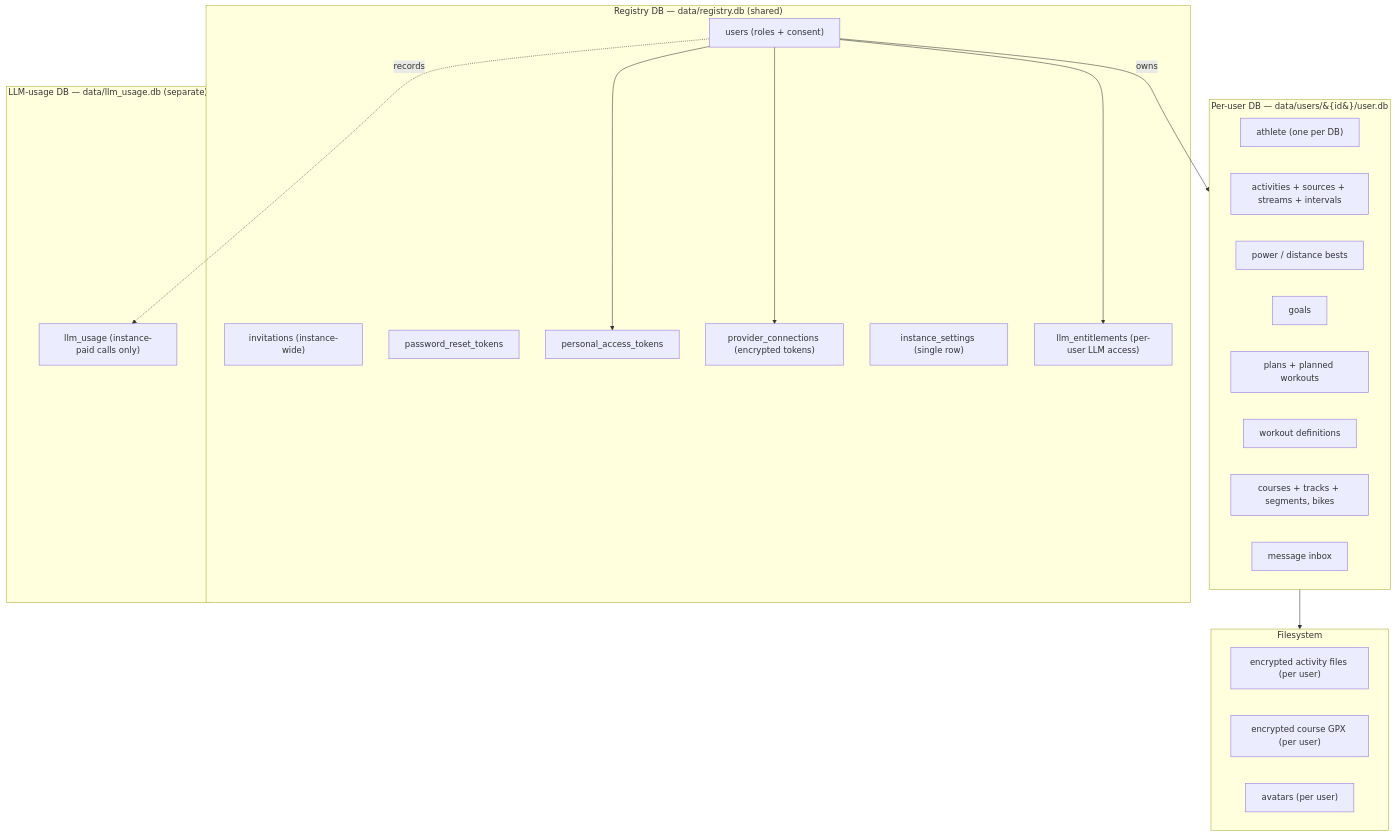
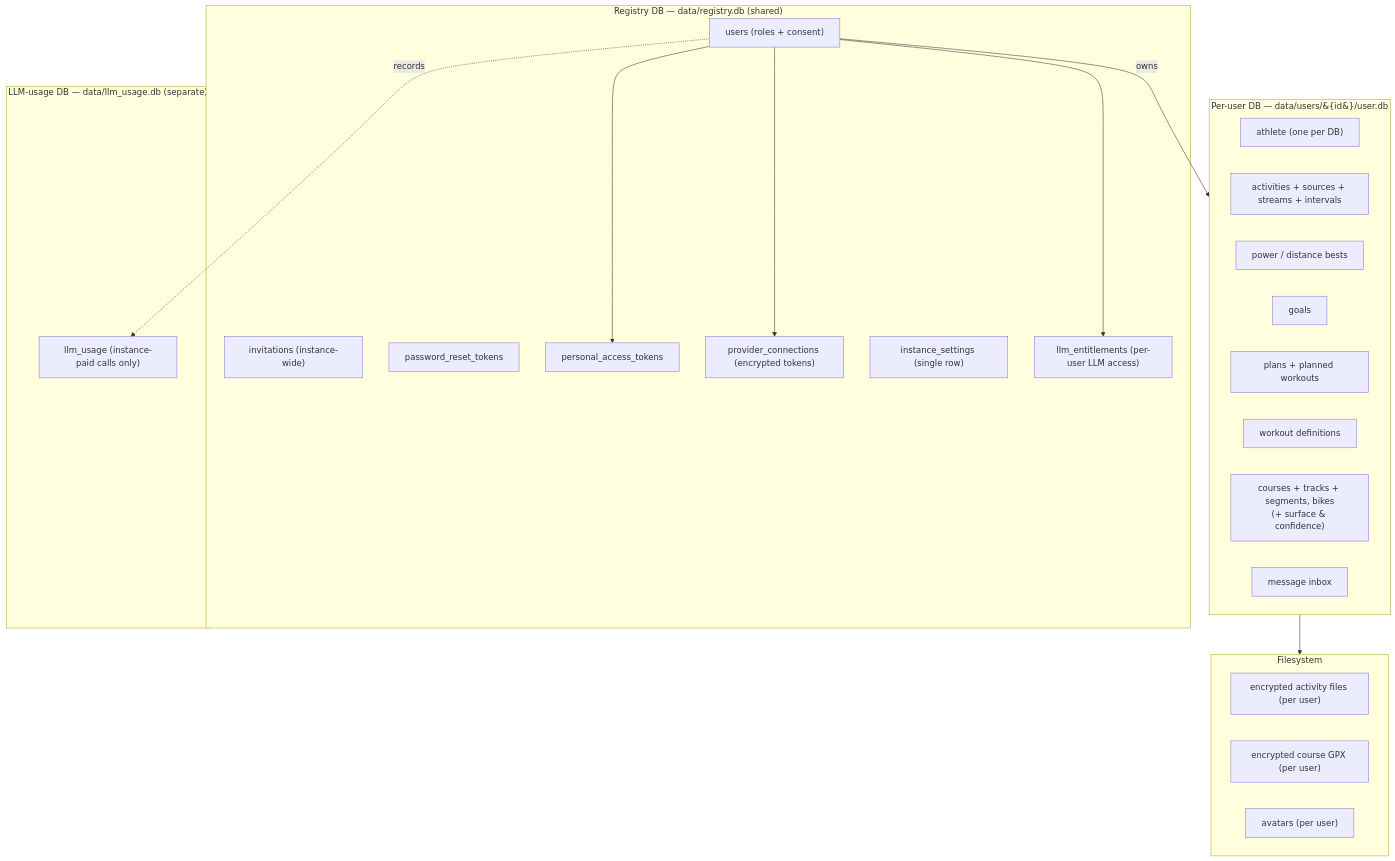
Before and after one commit to openkoutsi/openkoutsi-arch: the diagram in docs/architecture/data-model.md, drawn with Mermaid. The commit also changed other lines of this file and 2 other files, not shown here.

````diff
--- a/docs/architecture/data-model.md
+++ b/docs/architecture/data-model.md
@@ -9,36 +9,36 @@
 ```mermaid
 flowchart TD
     subgraph Registry["Registry DB — data/registry.db (shared)"]
         U["users (roles + consent)"]
         I["invitations (instance-wide)"]
         PR["password_reset_tokens"]
         PAT["personal_access_tokens"]
         PC["provider_connections (encrypted tokens)"]
         IS["instance_settings (single row)"]
         EN["llm_entitlements (per-user LLM access)"]
     end
     subgraph Usage["LLM-usage DB — data/llm_usage.db (separate)"]
         LU["llm_usage (instance-paid calls only)"]
     end
     subgraph PerUser["Per-user DB — data/users/&#123;id&#125;/user.db"]
         Ath["athlete (one per DB)"]
         Act["activities + sources + streams + intervals"]
         Best["power / distance bests"]
         Goals["goals"]
         Plans["plans + planned workouts"]
         Work["workout definitions"]
-        Crs["courses + tracks + segments, bikes"]
+        Crs["courses + tracks + segments, bikes<br/>(+ surface & confidence)"]
         Msg["message inbox"]
     end
     subgraph Files["Filesystem"]
         Fit["encrypted activity files (per user)"]
         Crsf["encrypted course GPX (per user)"]
         Av["avatars (per user)"]
     end
     U -->|owns| PerUser
     U --> PC
     U --> EN
     U --> PAT
     U -.records.-> LU
     PerUser --> Files
 ```
````
